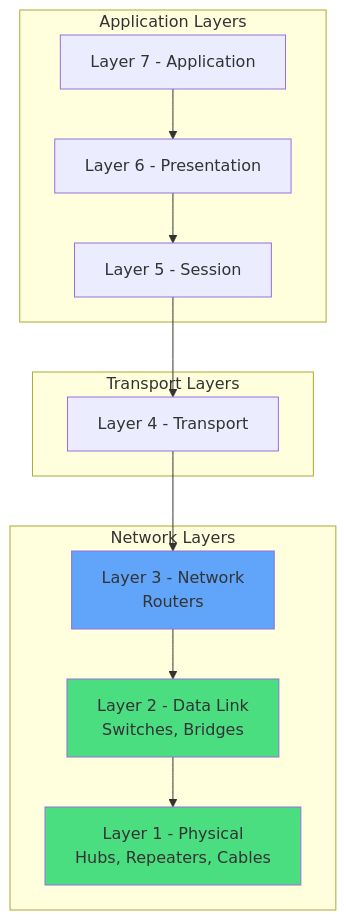
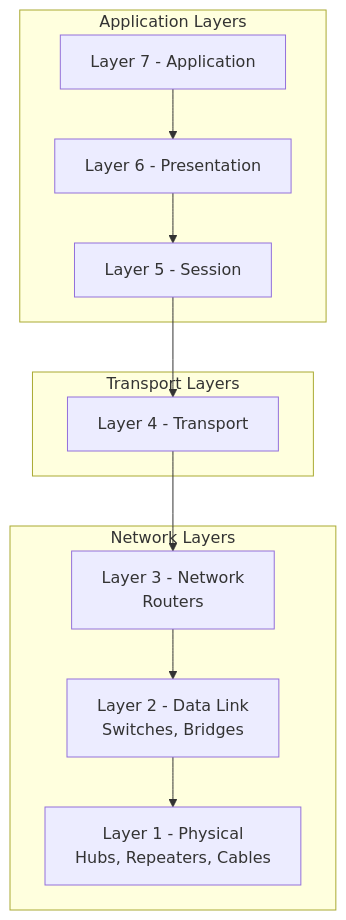
One commit to TechnoBureau/docs changed the eighth of 8 diagrams in linux/introduction_about_computer_network.mdx. Above: the diagram before and after it, drawn with Mermaid. The commit also changed other lines of this file and 3 other files, not shown here.

Commit message:
fix: remove unnecessary style definitions from graph visualizations

````diff
--- a/linux/introduction_about_computer_network.mdx
+++ b/linux/introduction_about_computer_network.mdx
@@ -216,29 +215,26 @@
 ```mermaid
 graph TB
     subgraph "Application Layers"
         A7[Layer 7 - Application]
         A6[Layer 6 - Presentation]
         A5[Layer 5 - Session]
     end
 
     subgraph "Transport Layers"
         A4[Layer 4 - Transport]
     end
 
     subgraph "Network Layers"
         A3[Layer 3 - Network<br/>Routers]
         A2[Layer 2 - Data Link<br/>Switches, Bridges]
         A1[Layer 1 - Physical<br/>Hubs, Repeaters, Cables]
     end
 
     A7 --> A6
     A6 --> A5
     A5 --> A4
     A4 --> A3
     A3 --> A2
     A2 --> A1
 
-    style A1 fill:#4ade80
-    style A2 fill:#4ade80
-    style A3 fill:#60a5fa
 ```
````
